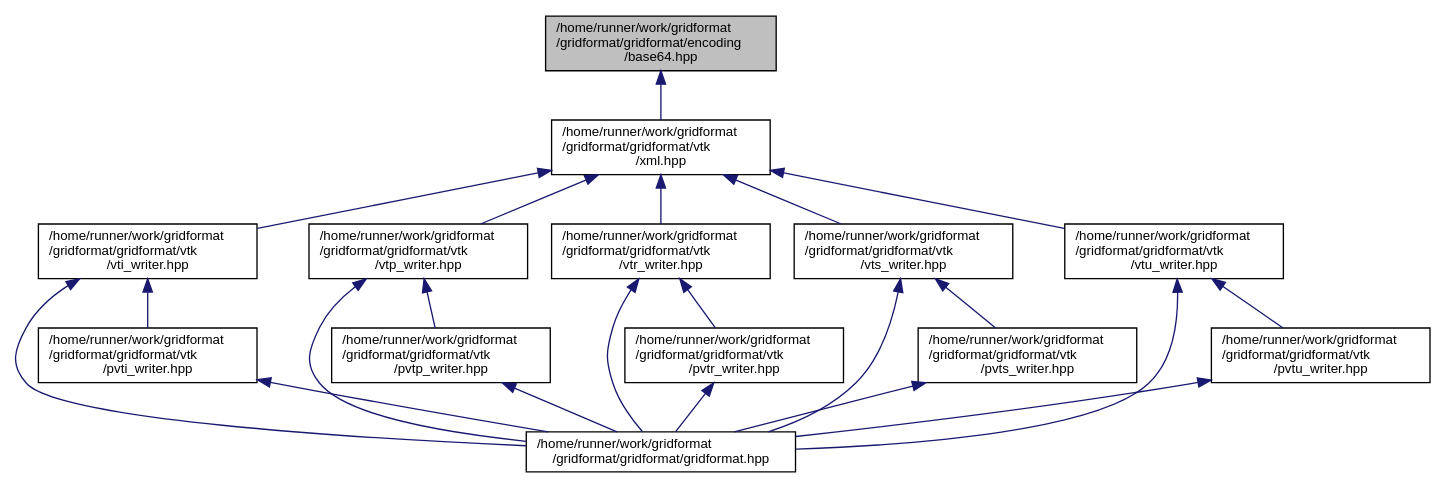
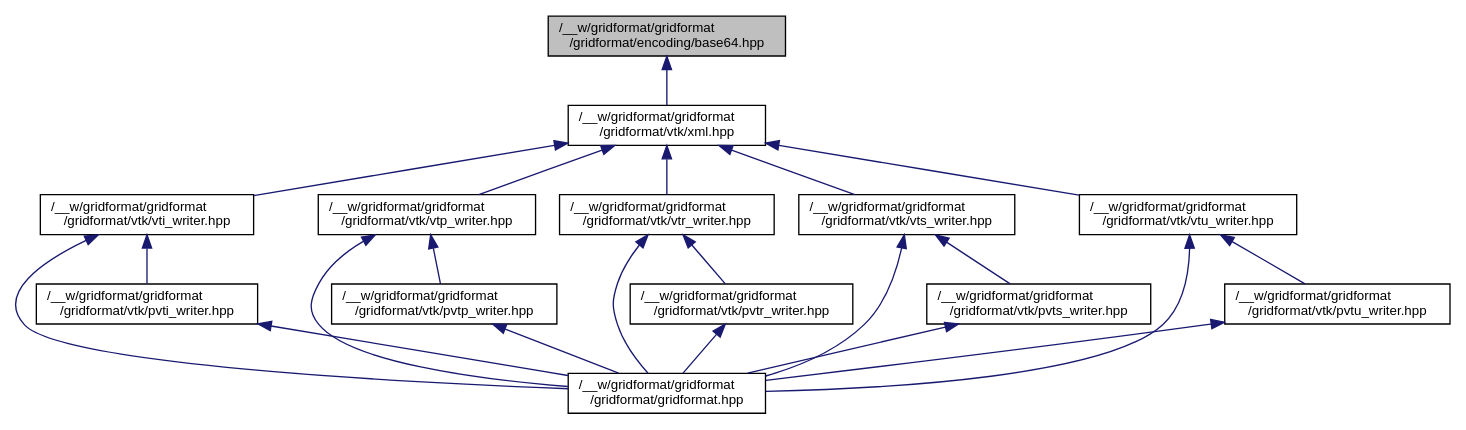
Before and after one commit to dglaeser/gridformat: the diagram in base64_8hpp__dep__incl.dot, drawn with Graphviz. The commit also changed 329 other files, not shown here.

```diff
--- a/base64_8hpp__dep__incl.dot
+++ b/base64_8hpp__dep__incl.dot
@@ -1,40 +1,40 @@
-digraph "/home/runner/work/gridformat/gridformat/gridformat/encoding/base64.hpp"
+digraph "/__w/gridformat/gridformat/gridformat/encoding/base64.hpp"
 {
  // LATEX_PDF_SIZE
   edge [fontname="Helvetica",fontsize="10",labelfontname="Helvetica",labelfontsize="10"];
   node [fontname="Helvetica",fontsize="10",shape=record];
-  Node1 [label="/home/runner/work/gridformat\l/gridformat/gridformat/encoding\l/base64.hpp",height=0.2,width=0.4,color="black", fillcolor="grey75", style="filled", fontcolor="black",tooltip="Encoder and stream using base64."];
+  Node1 [label="/__w/gridformat/gridformat\l/gridformat/encoding/base64.hpp",height=0.2,width=0.4,color="black", fillcolor="grey75", style="filled", fontcolor="black",tooltip="Encoder and stream using base64."];
   Node1 -> Node2 [dir="back",color="midnightblue",fontsize="10",style="solid",fontname="Helvetica"];
-  Node2 [label="/home/runner/work/gridformat\l/gridformat/gridformat/vtk\l/xml.hpp",height=0.2,width=0.4,color="black", fillcolor="white", style="filled",URL="$xml_8hpp.html",tooltip="Base class for VTK XML-type file format writers."];
+  Node2 [label="/__w/gridformat/gridformat\l/gridformat/vtk/xml.hpp",height=0.2,width=0.4,color="black", fillcolor="white", style="filled",URL="$xml_8hpp.html",tooltip="Base class for VTK XML-type file format writers."];
   Node2 -> Node3 [dir="back",color="midnightblue",fontsize="10",style="solid",fontname="Helvetica"];
-  Node3 [label="/home/runner/work/gridformat\l/gridformat/gridformat/vtk\l/vti_writer.hpp",height=0.2,width=0.4,color="black", fillcolor="white", style="filled",URL="$vti__writer_8hpp.html",tooltip="Writer for .vti file format."];
+  Node3 [label="/__w/gridformat/gridformat\l/gridformat/vtk/vti_writer.hpp",height=0.2,width=0.4,color="black", fillcolor="white", style="filled",URL="$vti__writer_8hpp.html",tooltip="Writer for .vti file format."];
   Node3 -> Node4 [dir="back",color="midnightblue",fontsize="10",style="solid",fontname="Helvetica"];
-  Node4 [label="/home/runner/work/gridformat\l/gridformat/gridformat/gridformat.hpp",height=0.2,width=0.4,color="black", fillcolor="white", style="filled",URL="$gridformat_8hpp.html",tooltip="This file is the entrypoint to the high-level API exposing all provided writers through a unified int..."];
+  Node4 [label="/__w/gridformat/gridformat\l/gridformat/gridformat.hpp",height=0.2,width=0.4,color="black", fillcolor="white", style="filled",URL="$gridformat_8hpp.html",tooltip="This file is the entrypoint to the high-level API exposing all provided writers through a unified int..."];
   Node3 -> Node5 [dir="back",color="midnightblue",fontsize="10",style="solid",fontname="Helvetica"];
-  Node5 [label="/home/runner/work/gridformat\l/gridformat/gridformat/vtk\l/pvti_writer.hpp",height=0.2,width=0.4,color="black", fillcolor="white", style="filled",URL="$pvti__writer_8hpp.html",tooltip="Writer for parallel .pvti files."];
+  Node5 [label="/__w/gridformat/gridformat\l/gridformat/vtk/pvti_writer.hpp",height=0.2,width=0.4,color="black", fillcolor="white", style="filled",URL="$pvti__writer_8hpp.html",tooltip="Writer for parallel .pvti files."];
   Node5 -> Node4 [dir="back",color="midnightblue",fontsize="10",style="solid",fontname="Helvetica"];
   Node2 -> Node6 [dir="back",color="midnightblue",fontsize="10",style="solid",fontname="Helvetica"];
-  Node6 [label="/home/runner/work/gridformat\l/gridformat/gridformat/vtk\l/vtp_writer.hpp",height=0.2,width=0.4,color="black", fillcolor="white", style="filled",URL="$vtp__writer_8hpp.html",tooltip="Writer for .vtu file format."];
+  Node6 [label="/__w/gridformat/gridformat\l/gridformat/vtk/vtp_writer.hpp",height=0.2,width=0.4,color="black", fillcolor="white", style="filled",URL="$vtp__writer_8hpp.html",tooltip="Writer for .vtu file format."];
   Node6 -> Node4 [dir="back",color="midnightblue",fontsize="10",style="solid",fontname="Helvetica"];
   Node6 -> Node7 [dir="back",color="midnightblue",fontsize="10",style="solid",fontname="Helvetica"];
-  Node7 [label="/home/runner/work/gridformat\l/gridformat/gridformat/vtk\l/pvtp_writer.hpp",height=0.2,width=0.4,color="black", fillcolor="white", style="filled",URL="$pvtp__writer_8hpp.html",tooltip="Writer for parallel .pvtu files."];
+  Node7 [label="/__w/gridformat/gridformat\l/gridformat/vtk/pvtp_writer.hpp",height=0.2,width=0.4,color="black", fillcolor="white", style="filled",URL="$pvtp__writer_8hpp.html",tooltip="Writer for parallel .pvtu files."];
   Node7 -> Node4 [dir="back",color="midnightblue",fontsize="10",style="solid",fontname="Helvetica"];
   Node2 -> Node8 [dir="back",color="midnightblue",fontsize="10",style="solid",fontname="Helvetica"];
-  Node8 [label="/home/runner/work/gridformat\l/gridformat/gridformat/vtk\l/vtr_writer.hpp",height=0.2,width=0.4,color="black", fillcolor="white", style="filled",URL="$vtr__writer_8hpp.html",tooltip="Writer for .vtr file format."];
+  Node8 [label="/__w/gridformat/gridformat\l/gridformat/vtk/vtr_writer.hpp",height=0.2,width=0.4,color="black", fillcolor="white", style="filled",URL="$vtr__writer_8hpp.html",tooltip="Writer for .vtr file format."];
   Node8 -> Node4 [dir="back",color="midnightblue",fontsize="10",style="solid",fontname="Helvetica"];
   Node8 -> Node9 [dir="back",color="midnightblue",fontsize="10",style="solid",fontname="Helvetica"];
-  Node9 [label="/home/runner/work/gridformat\l/gridformat/gridformat/vtk\l/pvtr_writer.hpp",height=0.2,width=0.4,color="black", fillcolor="white", style="filled",URL="$pvtr__writer_8hpp.html",tooltip="Writer for parallel .pvtr files."];
+  Node9 [label="/__w/gridformat/gridformat\l/gridformat/vtk/pvtr_writer.hpp",height=0.2,width=0.4,color="black", fillcolor="white", style="filled",URL="$pvtr__writer_8hpp.html",tooltip="Writer for parallel .pvtr files."];
   Node9 -> Node4 [dir="back",color="midnightblue",fontsize="10",style="solid",fontname="Helvetica"];
   Node2 -> Node10 [dir="back",color="midnightblue",fontsize="10",style="solid",fontname="Helvetica"];
-  Node10 [label="/home/runner/work/gridformat\l/gridformat/gridformat/vtk\l/vts_writer.hpp",height=0.2,width=0.4,color="black", fillcolor="white", style="filled",URL="$vts__writer_8hpp.html",tooltip="Writer for .vts file format."];
+  Node10 [label="/__w/gridformat/gridformat\l/gridformat/vtk/vts_writer.hpp",height=0.2,width=0.4,color="black", fillcolor="white", style="filled",URL="$vts__writer_8hpp.html",tooltip="Writer for .vts file format."];
   Node10 -> Node4 [dir="back",color="midnightblue",fontsize="10",style="solid",fontname="Helvetica"];
   Node10 -> Node11 [dir="back",color="midnightblue",fontsize="10",style="solid",fontname="Helvetica"];
-  Node11 [label="/home/runner/work/gridformat\l/gridformat/gridformat/vtk\l/pvts_writer.hpp",height=0.2,width=0.4,color="black", fillcolor="white", style="filled",URL="$pvts__writer_8hpp.html",tooltip="Writer for parallel .pvts files."];
+  Node11 [label="/__w/gridformat/gridformat\l/gridformat/vtk/pvts_writer.hpp",height=0.2,width=0.4,color="black", fillcolor="white", style="filled",URL="$pvts__writer_8hpp.html",tooltip="Writer for parallel .pvts files."];
   Node11 -> Node4 [dir="back",color="midnightblue",fontsize="10",style="solid",fontname="Helvetica"];
   Node2 -> Node12 [dir="back",color="midnightblue",fontsize="10",style="solid",fontname="Helvetica"];
-  Node12 [label="/home/runner/work/gridformat\l/gridformat/gridformat/vtk\l/vtu_writer.hpp",height=0.2,width=0.4,color="black", fillcolor="white", style="filled",URL="$vtu__writer_8hpp.html",tooltip="Writer for .vtu file format."];
+  Node12 [label="/__w/gridformat/gridformat\l/gridformat/vtk/vtu_writer.hpp",height=0.2,width=0.4,color="black", fillcolor="white", style="filled",URL="$vtu__writer_8hpp.html",tooltip="Writer for .vtu file format."];
   Node12 -> Node4 [dir="back",color="midnightblue",fontsize="10",style="solid",fontname="Helvetica"];
   Node12 -> Node13 [dir="back",color="midnightblue",fontsize="10",style="solid",fontname="Helvetica"];
-  Node13 [label="/home/runner/work/gridformat\l/gridformat/gridformat/vtk\l/pvtu_writer.hpp",height=0.2,width=0.4,color="black", fillcolor="white", style="filled",URL="$pvtu__writer_8hpp.html",tooltip="Writer for parallel .pvtu files."];
+  Node13 [label="/__w/gridformat/gridformat\l/gridformat/vtk/pvtu_writer.hpp",height=0.2,width=0.4,color="black", fillcolor="white", style="filled",URL="$pvtu__writer_8hpp.html",tooltip="Writer for parallel .pvtu files."];
   Node13 -> Node4 [dir="back",color="midnightblue",fontsize="10",style="solid",fontname="Helvetica"];
 }
```
